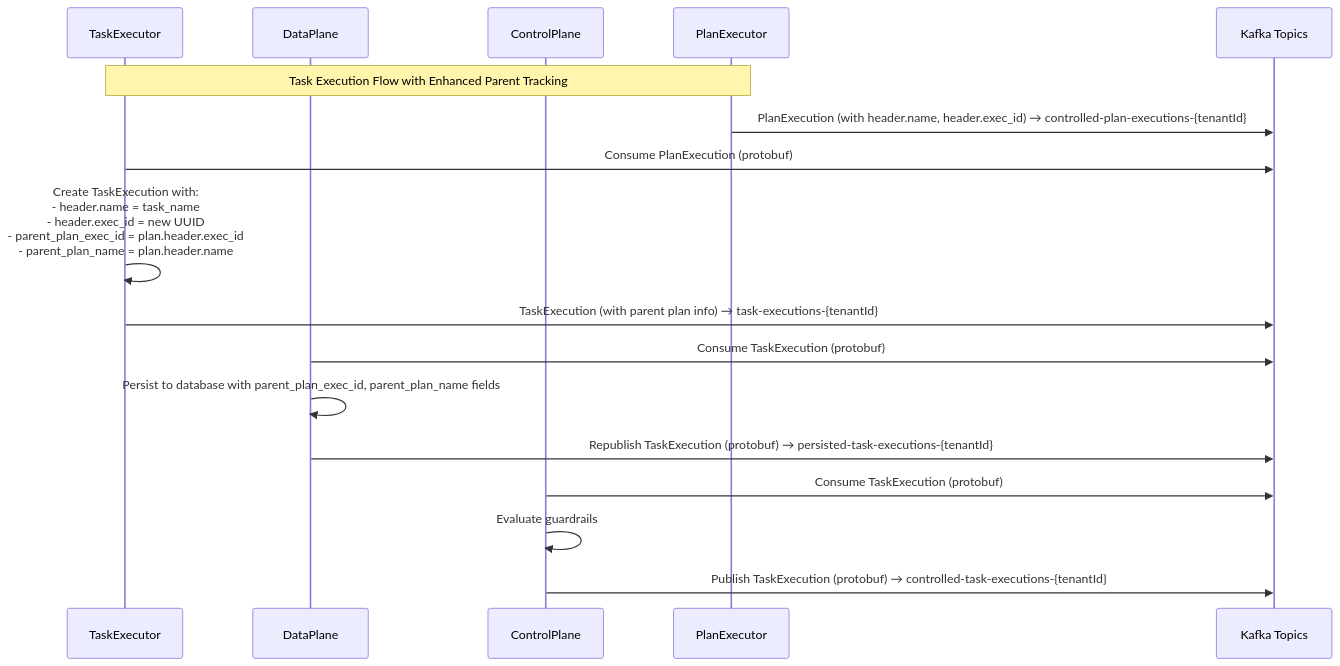
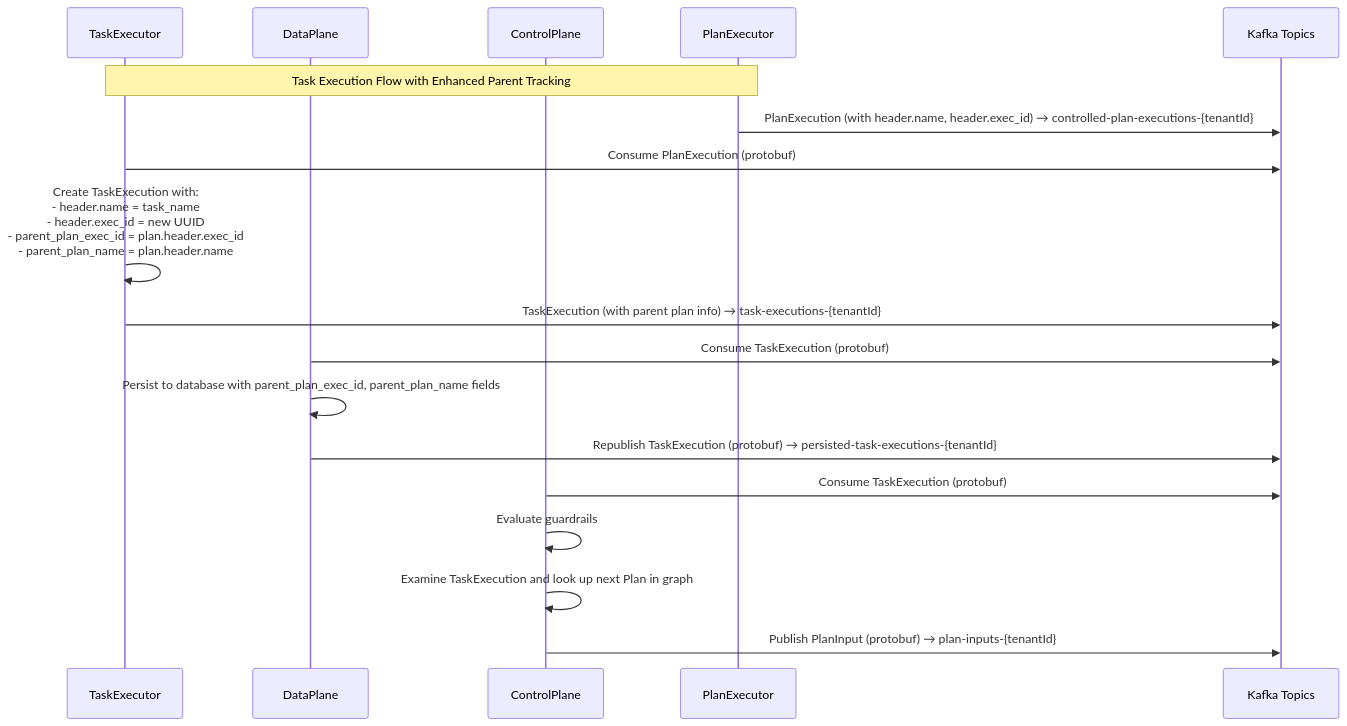
The second of 3 diagrams in docs/DataFlow.md (paul-callahan/scalable-agent-framework), drawn with Mermaid before and after one commit. The commit also changed other lines of this file and 19 other files, not shown here.

Commit message:
Rename topics and methods called `controlled-task-executions` to `plan-inputs`

````diff
--- a/docs/DataFlow.md
+++ b/docs/DataFlow.md
@@ -70,21 +70,22 @@
 ```mermaid
 sequenceDiagram
     participant TE as TaskExecutor
     participant DP as DataPlane
     participant CP as ControlPlane
     participant PE as PlanExecutor
     participant K as Kafka Topics
 
     Note over TE,PE: Task Execution Flow with Enhanced Parent Tracking
 
     PE->>K: PlanExecution (with header.name, header.exec_id) → controlled-plan-executions-{tenantId}
     TE->>K: Consume PlanExecution (protobuf)
     TE->>TE: Create TaskExecution with:<br/>- header.name = task_name<br/>- header.exec_id = new UUID<br/>- parent_plan_exec_id = plan.header.exec_id<br/>- parent_plan_name = plan.header.name
     TE->>K: TaskExecution (with parent plan info) → task-executions-{tenantId}
     DP->>K: Consume TaskExecution (protobuf)
     DP->>DP: Persist to database with parent_plan_exec_id, parent_plan_name fields
     DP->>K: Republish TaskExecution (protobuf) → persisted-task-executions-{tenantId}
     CP->>K: Consume TaskExecution (protobuf)
     CP->>CP: Evaluate guardrails
-    CP->>K: Publish TaskExecution (protobuf) → controlled-task-executions-{tenantId}
+    CP->>CP: Examine TaskExecution and look up next Plan in graph
+    CP->>K: Publish PlanInput (protobuf) → plan-inputs-{tenantId}
 ```
````
